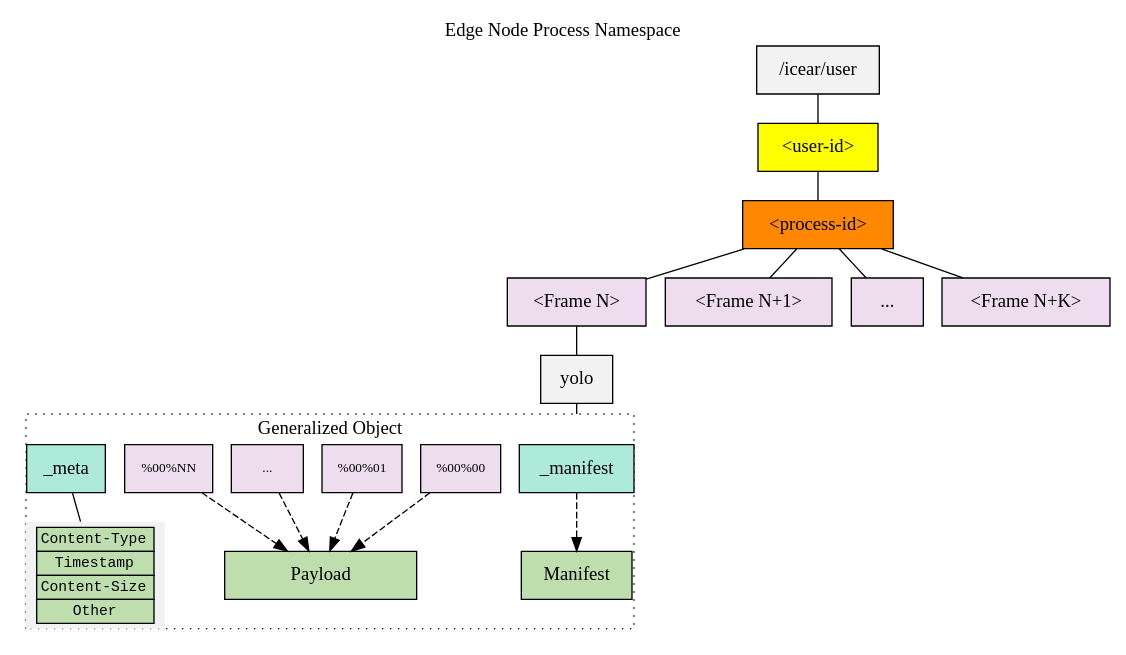
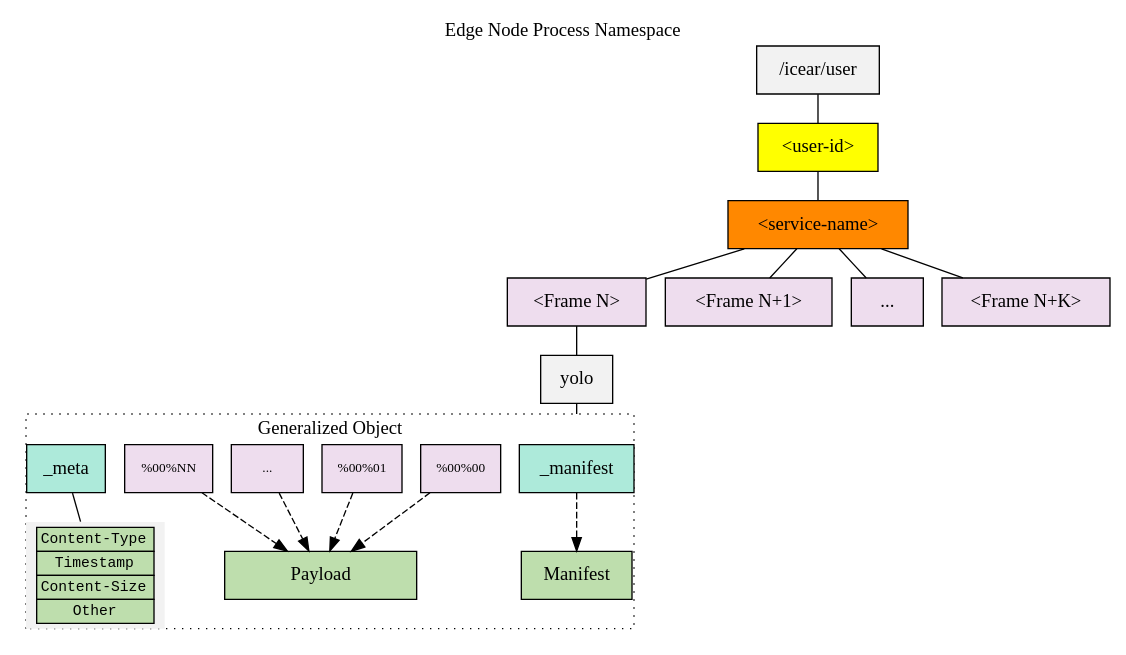
One commit to remap/ice-ar changed the diagram in doc/edge-node-namespace.dot. Above: the diagram before and after it, drawn with Graphviz.

Commit message:
updated edge node namespace according to 8/10 meeting notes

```diff
--- a/doc/edge-node-namespace.dot
+++ b/doc/edge-node-namespace.dot
@@ -1,160 +1,160 @@
 digraph content_object {
 	graph [dir=none, layout=dot, nodesep=0.2, margin=0, ranksep=0.3];
 	node [label="\N", shape=box];
 	edge [dir=none];
 	compound=true
 	node [style=filled, fillcolor="#f2f2f2"]
 	labelloc=top;
 	label = "Edge Node Process Namespace"
 
 	frame [label = "<Frame N>" fillcolor="#eeddee"]
 	frame2 [label = "<Frame N+1>" fillcolor="#eeddee"]
 	frame3 [label = "..." fillcolor="#eeddee"]
 	frame4 [label = "<Frame N+K>" fillcolor="#eeddee"]
 	userid [label = "<user-id>" fillcolor="#ffff00"]
-	processid [label = "<process-id>" fillcolor="#ff8800"]
+	processid [label = "<service-name>" fillcolor="#ff8800"]
 	root [label = "/icear/user"]
 
 	root -> userid
 	userid -> processid
 	processid -> frame
 	processid -> frame2
 	processid -> frame3
 	processid -> frame4
 
 	frame -> yolo
 
 	yolo -> objectManifest [lhead = "cluster_object"]
 	//object [label="Generalized NDN object: Annotations Bundle" fillcolor="#eeffbb" style=dashed]
 
 	subgraph cluster_object {
 		edge [weight=10]
 		graph[style=dotted];
 		label = "Generalized Object"
 
 		fs0 [label="%00%00", style=filled, fillcolor="#eeddee", fontsize=10]
 		fs1 [label="%00%01", style=filled, fillcolor="#eeddee", fontsize=10]
 		fs2 [label="...", style=filled, fillcolor="#eeddee", fontsize=10]
 		fsN [label="%00%NN", style=filled, fillcolor="#eeddee", fontsize=10]
 	
 		objectManifest [label="_manifest" fillcolor="#ADEADA"]
 		objectPayload [shape=record, label = "{ Payload }", fontname = "courier bold", style=filled, fillcolor="#bedead", width=2]
 		objectManifestPayload [fillcolor="#bedead" label="Manifest" fontname="courier bold"]
 		objectManifest -> objectManifestPayload [style=dashed, dir=forward]
 		objectMetaComp [label="_meta" fillcolor="#ADEADA"]
 		objectMetaComp -> objectMeta
 		objectMeta [
 			shape=none
 			fontname="courier"
 			fontsize=11
 			label=<<table border="0" cellspacing="0">
     	                <tr><td border="1" bgcolor="#bedead">Content-Type</td></tr>
     	                <tr><td border="1" bgcolor="#bedead">Timestamp</td></tr>
 						<tr><td border="1" bgcolor="#bedead">Content-Size</td></tr>
 						<tr><td border="1" bgcolor="#bedead">Other</td></tr>
 					</table>>
 		]
 
 		fs0 -> objectPayload [style=dashed,dir=forward, shape="normal"]
 		fs1 -> objectPayload [style=dashed,dir=forward, shape="normal"]
 		fs2 -> objectPayload [style=dashed,dir=forward, shape="normal"]
 		fsN -> objectPayload [style=dashed,dir=forward, shape="normal"]
 	}
 
    /*
 	seq_invis [style=invisible]
 	seq_invis -> seq
 	seq [label="<sequence no>" style=filled, fillcolor="#eeddee"]
 
 	invis1 [shape=point label=""]
 	seq->invis1
 	invis1->objectManifest [lhead=cluster_object]
 
 	invis2 [shape=point label=""]
 	seq->invis2
 	invis2->stream_type [lhead=cluster_ndnrtc]
 
 	commentOr [label="OR" shape=diamond color="#00aa00" fillcolor="#00ee00"]
 	invis1->commentOr [weight=5 width=0.5 color="#00aa00"]
 	commentOr->invis2 [weight=5 width=0.5 color="#00aa00"]
 
 	seq -> objectMetaComp
 	objectMetaComp [label="_meta" fillcolor="#ADEADA"]
 	objectMeta [
 			shape=none
 			fontname="courier"
 			fontsize=11
 			label=<<table border="0" cellspacing="0">
     	                <tr><td border="1" bgcolor="grey">Content-Type=...</td></tr>
     	                <tr><td border="1" bgcolor="grey">Timestamp</td></tr>
                     	<tr><td border="1" bgcolor="grey">Content-Size</td></tr>
     	                <tr><td border="1" bgcolor="grey">Content-Type-Specific Fields</td></tr>
     	            </table>>
 	]
 	objectMetaComp->objectMeta [dir=forward style=dashed]
 	{rank=same; objectMetaComp; invis1; commentOr; invis2;}
 
 	subgraph cluster_object {
 		edge [weight=10]
 		graph[style=dotted];
 		label = "Data Payload + Manifest"
 
 		fs0 [label="%00%00", style=filled, fillcolor="#bedead", fontsize=10]
 		fs1 [label="%00%01", style=filled, fillcolor="#bedead", fontsize=10]
 		fs2 [label="...", style=filled, fillcolor="#bedead", fontsize=10]
 		fsN [label="%00%NN", style=filled, fillcolor="#bedead", fontsize=10]
 	
 		objectManifest [label="_manifest" fillcolor="#ADEADA"]
 		objectPayload [shape=record, label = "{ Payload }", fontname = "courier bold", style=filled, fillcolor="#BBEEFF", width=2]
 		objectManifestPayload [fillcolor="#BBEEFF" label="manifest" fontname="courier bold"]
 		objectManifest -> objectManifestPayload [style=dashed, dir=forward]
 
 		fs0 -> objectPayload [style=dashed,dir=forward, shape="normal"]
 		fs1 -> objectPayload [style=dashed,dir=forward, shape="normal"]
 		fs2 -> objectPayload [style=dashed,dir=forward, shape="normal"]
 		fsN -> objectPayload [style=dashed,dir=forward, shape="normal"]
 	}
 
 	subgraph cluster_ndnrtc {
 		edge [weight=10]
 		graph[style=dotted];
 		label = "NDN-RTC Stream"
 
 		stream_type -> stream_name [weight=0.9]
 		stream_name [label="<stream name>", style=filled, fillcolor="#deadbe"]
 		mid [label="hd1080p", style=filled, fillcolor="#deadbe"]
 		stream_name -> mid [weight=0.9]
 
 		_meta2 [label="_meta"]
 		stream_name -> _meta2 [weight=0.9]
 		streamMeta [shape=record, label="{SD640 | HD720p | HD1080p }", width=1.2 style=filled, fillcolor="#BBEEFF", fontname="courier bold", fontsize=10]
 		_meta2 -> streamMeta [style=dashed, dir=forward]
 		mid -> d
 		mid -> k
 		mid -> _meta
 		threadMeta [label="Thread Metadata", style=filled, fillcolor="#BBEEFF", fontname="courier bold", fontsize=10]
 		_meta -> threadMeta [style=dashed, dir=forward]
 
 		deltaSeqNo [label="<sequence no>", style=filled, fillcolor="#eeddee"]
 		d -> deltaSeqNo
 		deltaSegNo [label="<segment #>", style=filled, fillcolor="#bedead", fontsize=10]
 		deltaSeqNo-> deltaSegNo
 		frameData [label="Frame Payload", style=filled, fillcolor="#BBEEFF", fontname="courier bold", fontsize=10]
 		deltaSegNo -> frameData [style=dashed, dir=forward]
 
 		deltaSeqNo-> _parity
 		deltaSeqNo-> _manifest
 		paritySegNo [label="<segment #>", style=filled, fillcolor="#bedead", fontsize=10]
 		manifestSegNo [label="<segment #>", style=filled, fillcolor="#bedead", fontsize=10]
 		
 		_parity -> paritySegNo
 		parityData [label="FEC Payload", style=filled, fillcolor="#BBEEFF", fontname="courier bold", fontsize=10]
 		paritySegNo -> parityData [style=dashed, dir=forward]
 
 		manifestPayload [label="Manifest Payload", style=filled, fillcolor="#BBEEFF", fontname="courier bold", fontsize=10]
 		_manifest -> manifestSegNo
 		manifestSegNo -> manifestPayload [style=dashed, dir=forward]
 	}
 	*/
 
 }
```
